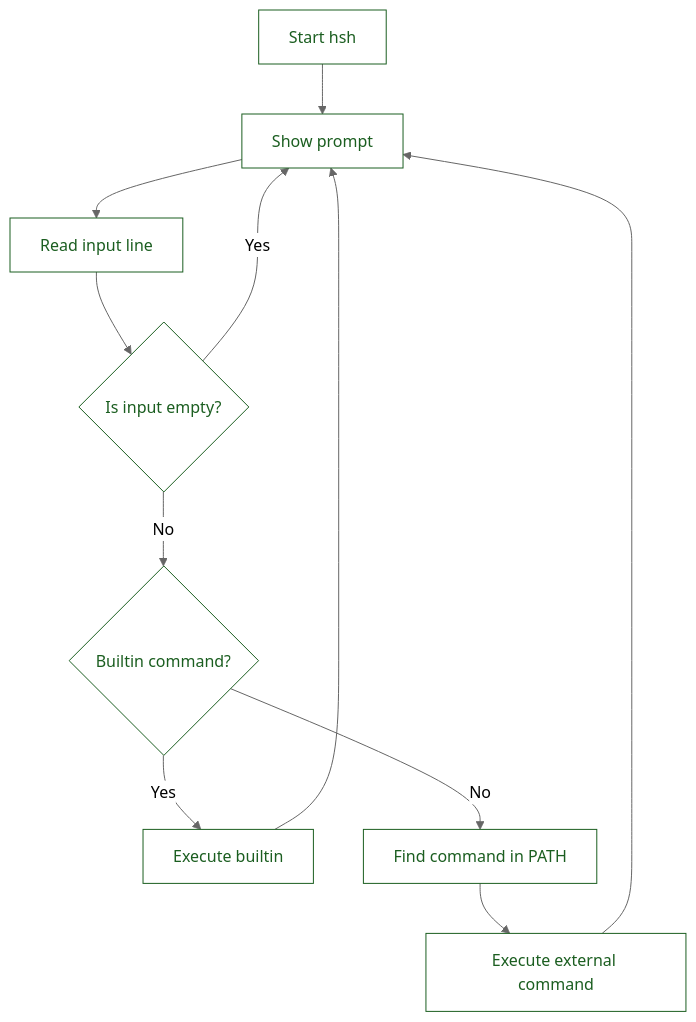
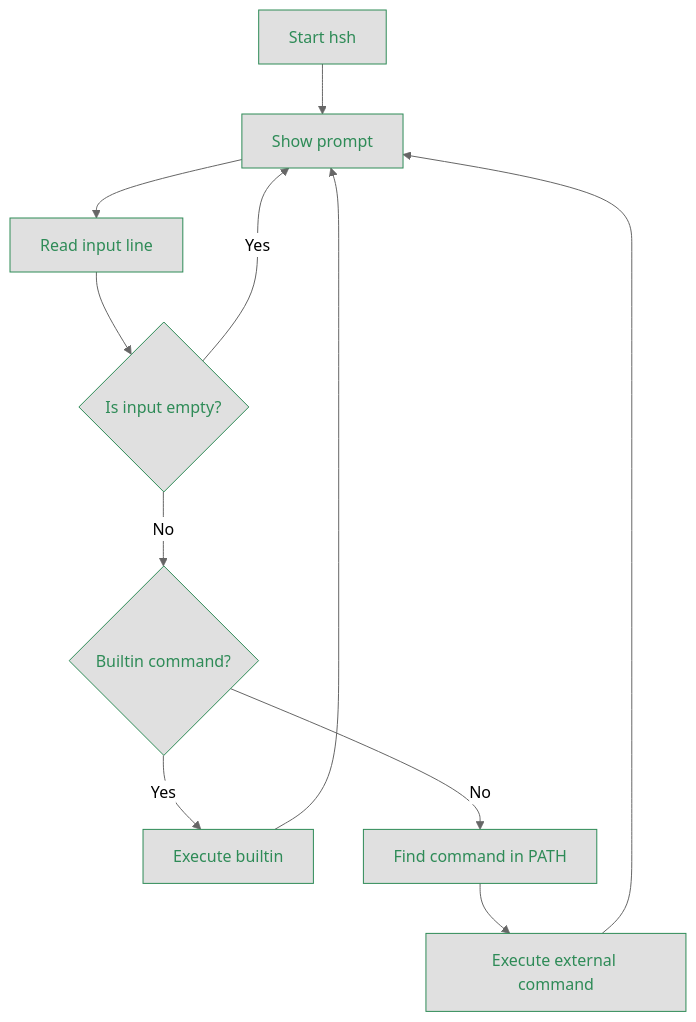
Before and after one commit to SelenaGomez18/holbertonschool-simple_shell: the diagram in README.md, drawn with Mermaid (neutral theme).

Commit message:
Add changes the color of flowchart

````diff
--- a/README.md
+++ b/README.md
@@ -123,26 +123,26 @@
 ```mermaid
 
 flowchart TD
 
     A[Start hsh] --> B[Show prompt]
     B --> C[Read input line]
     C --> D{Is input empty?}
     D -- Yes --> B
     D -- No --> E{Builtin command?}
     E -- Yes --> F[Execute builtin]
     E -- No --> G[Find command in PATH]
     G --> H[Execute external command]
     F --> B
     H --> B
 
-    classDef allnodes fill:#FFFFFF, stroke:#1B5E20,color:#1B5E20;
+    classDef allnodes fill:#E0E0E0, stroke:#2E8B57,color:#2E8B57;
 
     class A allnodes;
     class B allnodes;
     class C allnodes;
     class D allnodes;
     class E allnodes;
     class F allnodes;
     class G allnodes;
     class H allnodes;
 ```
````
